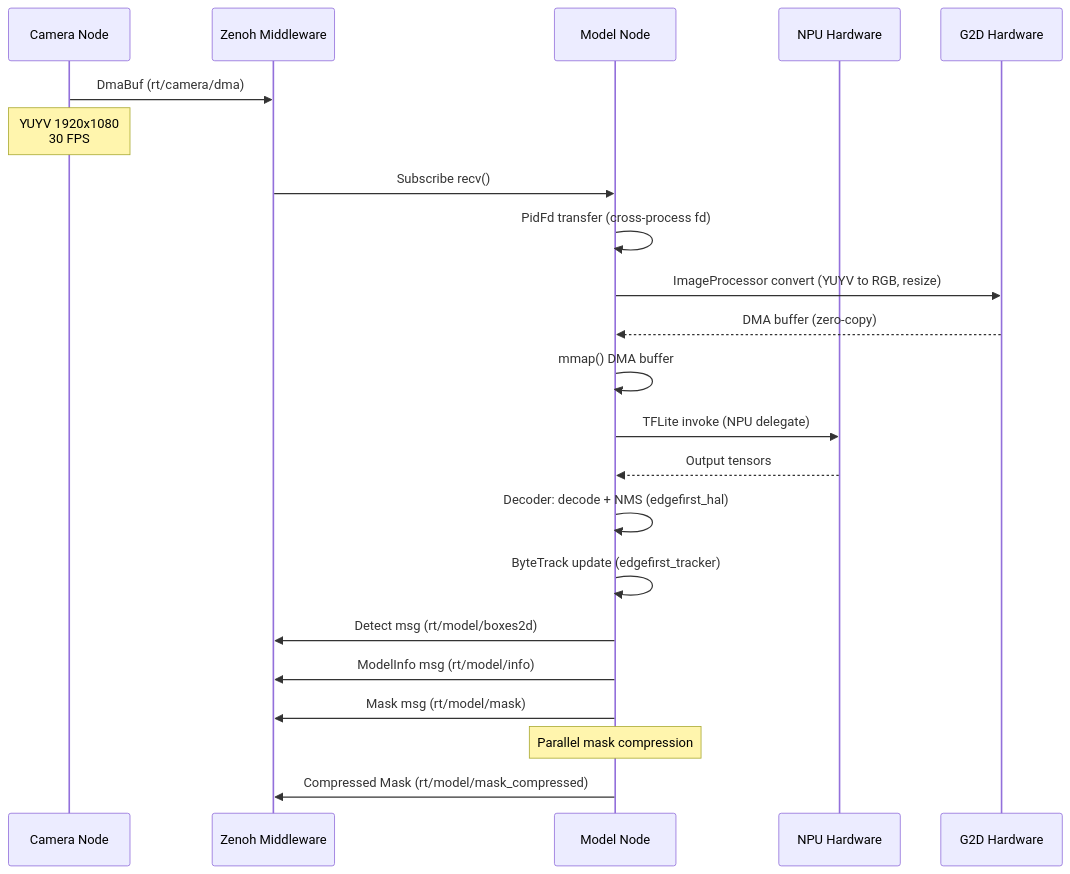
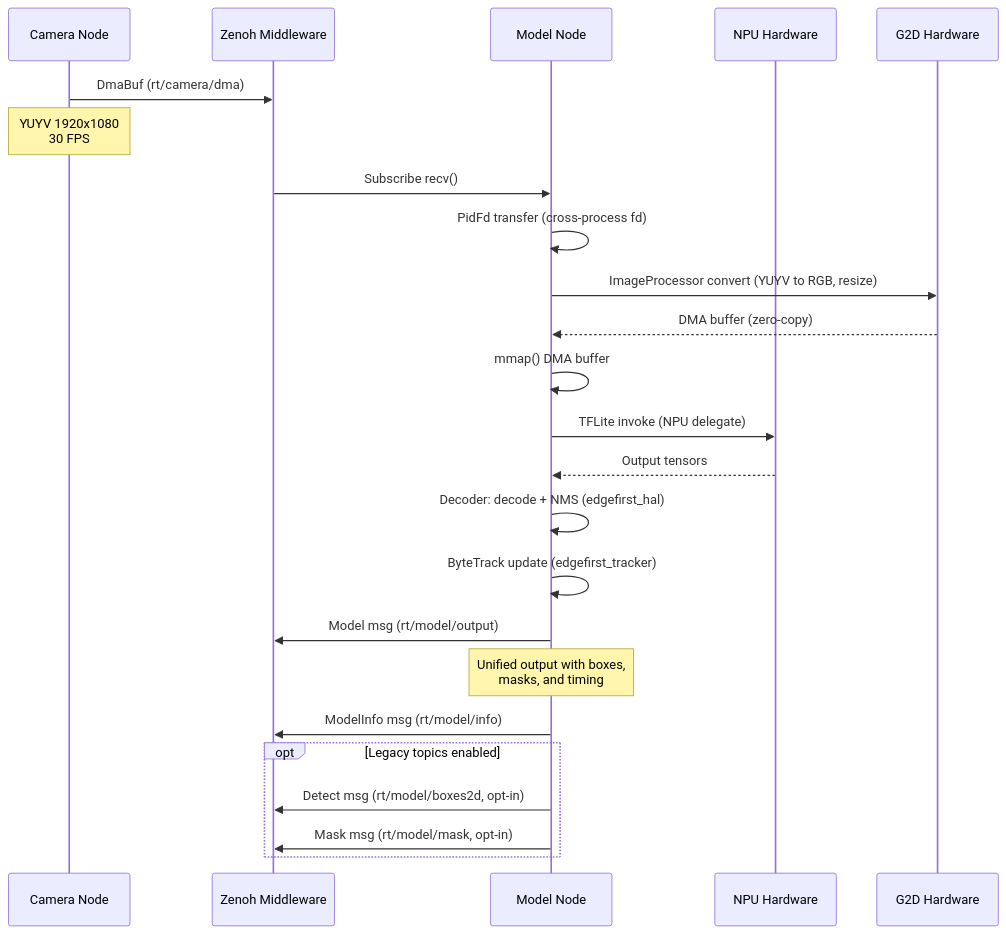
Before and after one commit to EdgeFirstAI/model: the second of 5 diagrams in ARCHITECTURE.md, drawn with Mermaid. The commit also changed other lines of this file and 12 other files, not shown here.

First line of the commit message:
EDGEAI-1079: Unify model output and deprecate legacy topics

````diff
--- a/ARCHITECTURE.md
+++ b/ARCHITECTURE.md
@@ -333,31 +332,32 @@
 ```mermaid
 sequenceDiagram
     participant Camera as Camera Node
     participant Zenoh as Zenoh Middleware
     participant Model as Model Node
     participant NPU as NPU Hardware
     participant G2D as G2D Hardware
 
     Camera->>Zenoh: DmaBuf (rt/camera/dma)
     Note over Camera: YUYV 1920x1080<br/>30 FPS
 
     Zenoh->>Model: Subscribe recv()
     Model->>Model: PidFd transfer (cross-process fd)
 
     Model->>G2D: ImageProcessor convert (YUYV to RGB, resize)
     G2D-->>Model: DMA buffer (zero-copy)
 
     Model->>Model: mmap() DMA buffer
     Model->>NPU: TFLite invoke (NPU delegate)
     NPU-->>Model: Output tensors
 
     Model->>Model: Decoder: decode + NMS (edgefirst_hal)
     Model->>Model: ByteTrack update (edgefirst_tracker)
 
-    Model->>Zenoh: Detect msg (rt/model/boxes2d)
+    Model->>Zenoh: Model msg (rt/model/output)
+    Note over Model: Unified output with boxes,<br/>masks, and timing
     Model->>Zenoh: ModelInfo msg (rt/model/info)
-    Model->>Zenoh: Mask msg (rt/model/mask)
-
-    Note over Model: Parallel mask compression
-    Model->>Zenoh: Compressed Mask (rt/model/mask_compressed)
+    opt Legacy topics enabled
+    Model->>Zenoh: Detect msg (rt/model/boxes2d, opt-in)
+    Model->>Zenoh: Mask msg (rt/model/mask, opt-in)
+    end
 ```
````
